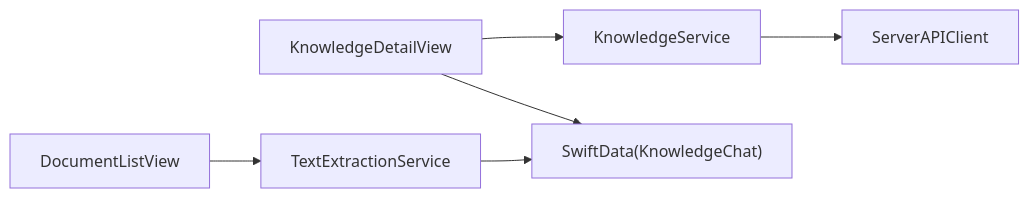
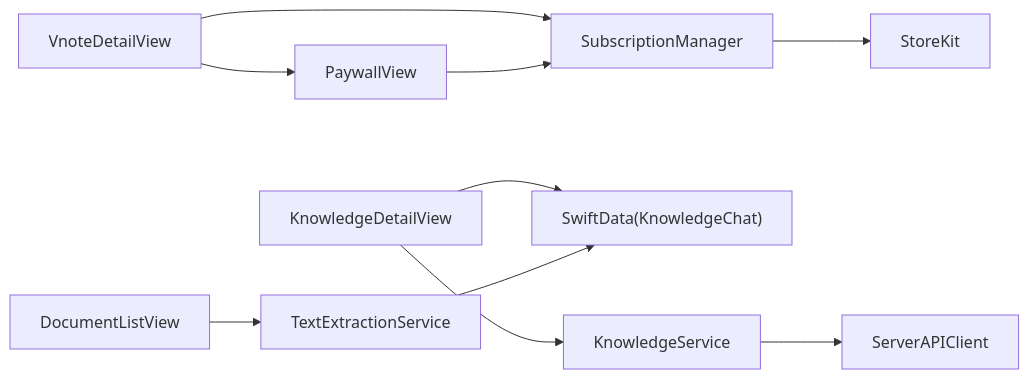
Before and after one commit to Primoguo/Knowledge: the eighth of 8 diagrams in .qoder/repowiki/zh/content/核心功能模块/知识库功能.md, drawn with Mermaid. The commit also changed other lines of this file and 23 other files, not shown here.

````diff
--- a/.qoder/repowiki/zh/content/核心功能模块/知识库功能.md
+++ b/.qoder/repowiki/zh/content/核心功能模块/知识库功能.md
@@ -336,8 +444,12 @@
 ```mermaid
 graph LR
 V["KnowledgeDetailView"] --> S["KnowledgeService"]
 S --> N["ServerAPIClient"]
 V --> SD["SwiftData(KnowledgeChat)"]
+VD["VnoteDetailView"] --> SM["SubscriptionManager"]
+VD --> PW["PaywallView"]
 DL["DocumentListView"] --> TE["TextExtractionService"]
 TE --> SD
+SM --> SK["StoreKit"]
+PW --> SM
 ```
````
